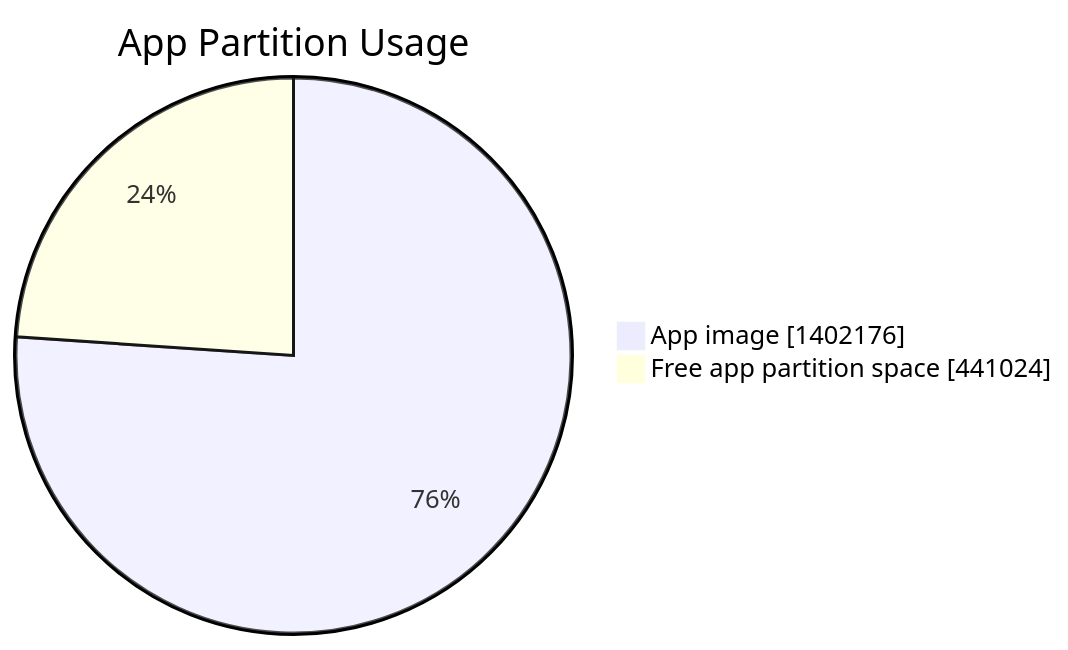
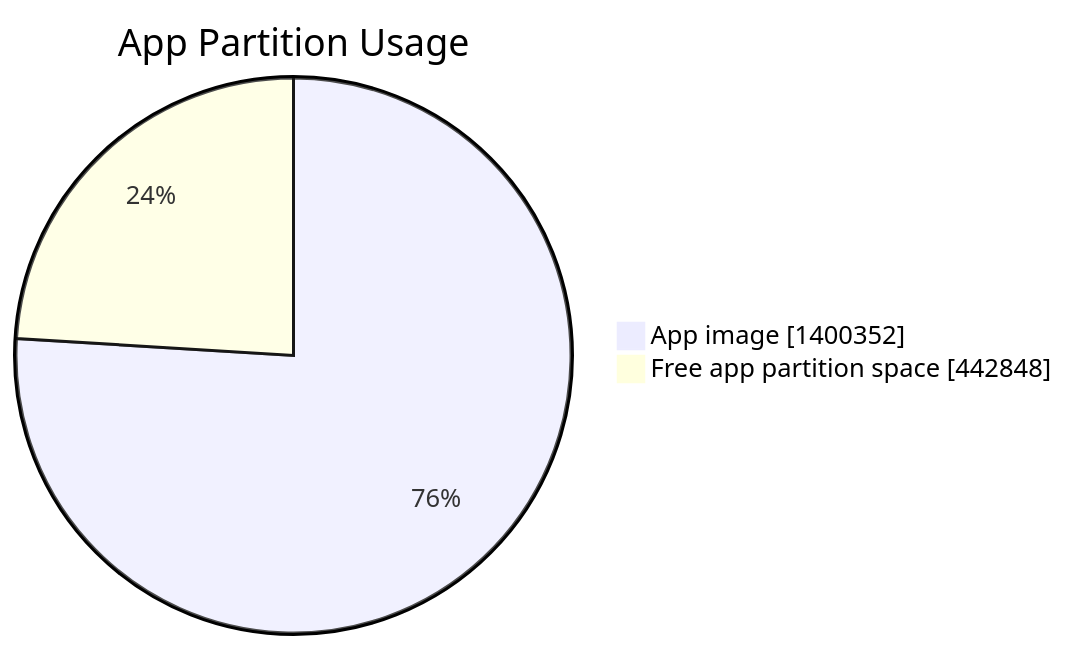
One commit to marcelpetrick/esp32-fever-dream changed the first of 2 diagrams in documents/firmware_breakdown.md. Above: the diagram before and after it, drawn with Mermaid. The commit also changed other lines of this file and 4 other files, not shown here.

````diff
--- a/documents/firmware_breakdown.md
+++ b/documents/firmware_breakdown.md
@@ -17,6 +17,6 @@
 ```mermaid
 pie showData
     title App Partition Usage
-    "App image" : 1402176
-    "Free app partition space" : 441024
+    "App image" : 1400352
+    "Free app partition space" : 442848
 ```
````
